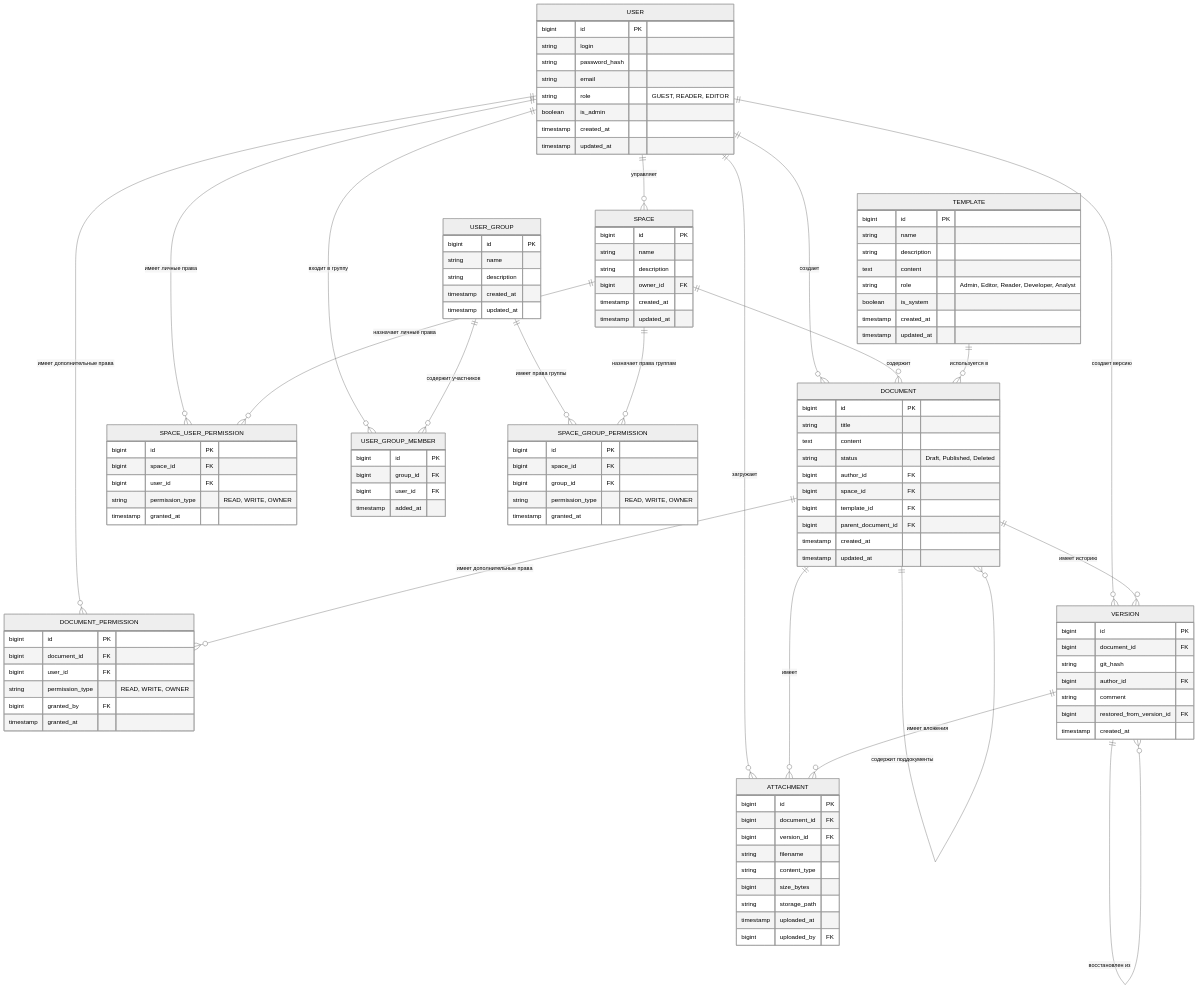
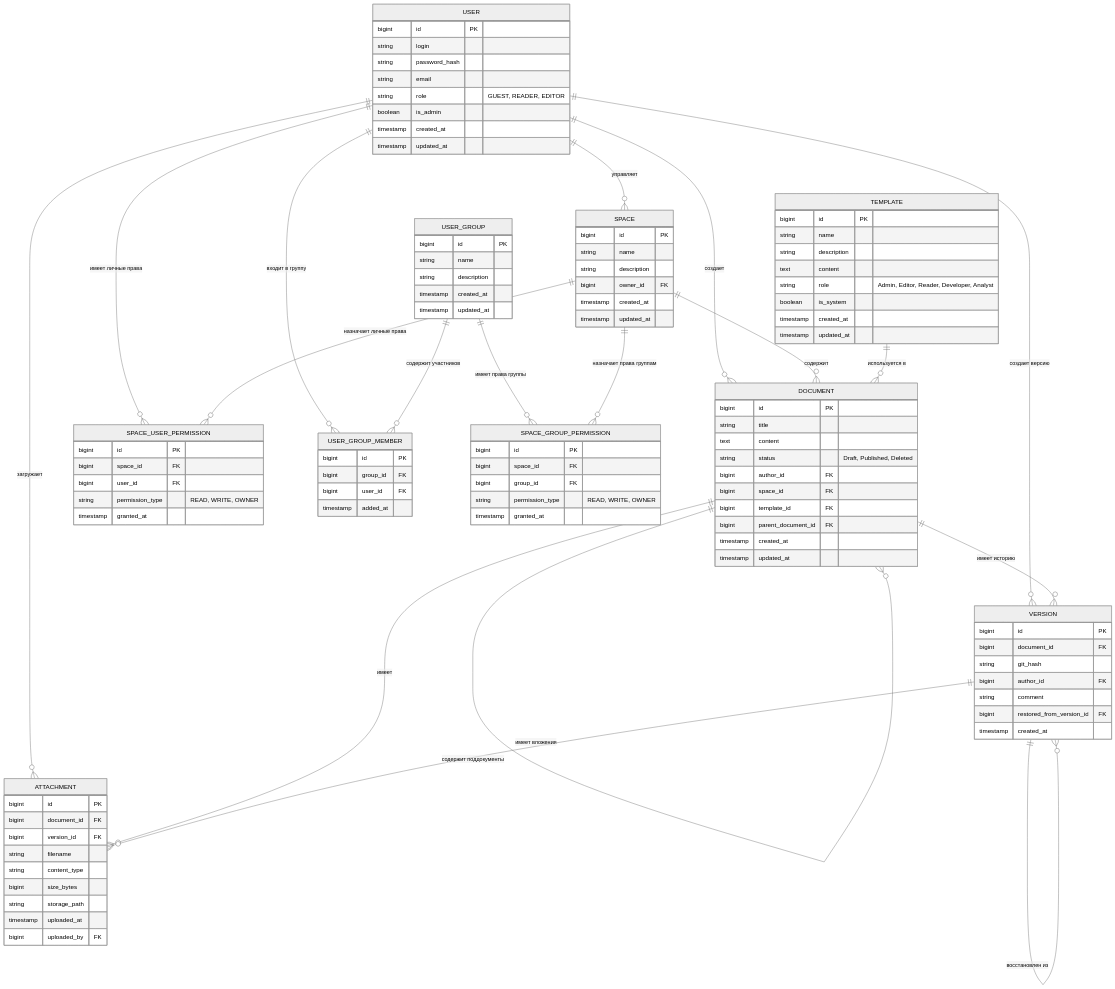
The diagram in documents/120.data-model.md (C23-501-SoftDev/Docs), drawn with Mermaid (neutral theme) before and after one commit. The commit also changed other lines of this file and 6 other files, not shown here.

````diff
--- a/documents/120.data-model.md
+++ b/documents/120.data-model.md
@@ -8,7 +8,6 @@
     USER ||--o{ SPACE : "управляет"
     USER ||--o{ SPACE_USER_PERMISSION : "имеет личные права"
     USER ||--o{ USER_GROUP_MEMBER : "входит в группу"
-    USER ||--o{ DOCUMENT_PERMISSION : "имеет дополнительные права"
     USER ||--o{ VERSION : "создает версию"
     USER ||--o{ ATTACHMENT : "загружает"
     
@@ -23,12 +22,11 @@
     
     DOCUMENT ||--o{ ATTACHMENT : "имеет"
     DOCUMENT ||--o{ VERSION : "имеет историю"
-    DOCUMENT ||--o{ DOCUMENT_PERMISSION : "имеет дополнительные права"
     DOCUMENT ||--o{ DOCUMENT : "содержит поддокументы"
     
     VERSION ||--o{ ATTACHMENT : "имеет вложения"
     VERSION ||--o{ VERSION : "восстановлен из"
-    
+
     USER {
         bigint id PK
         string login
@@ -125,13 +123,4 @@
         timestamp uploaded_at
         bigint uploaded_by FK
     }
-
-    DOCUMENT_PERMISSION {
-        bigint id PK
-        bigint document_id FK
-        bigint user_id FK
-        string permission_type "READ, WRITE, OWNER"
-        bigint granted_by FK
-        timestamp granted_at
-    }
 ```
````
